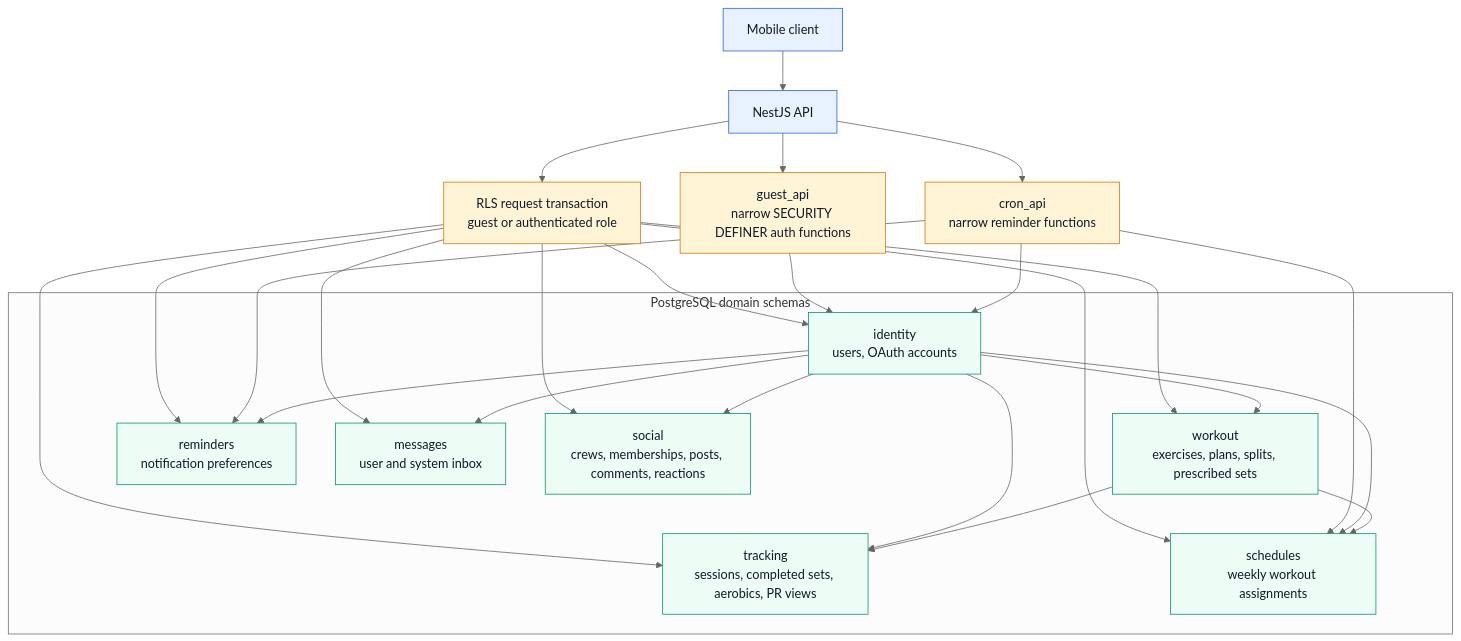
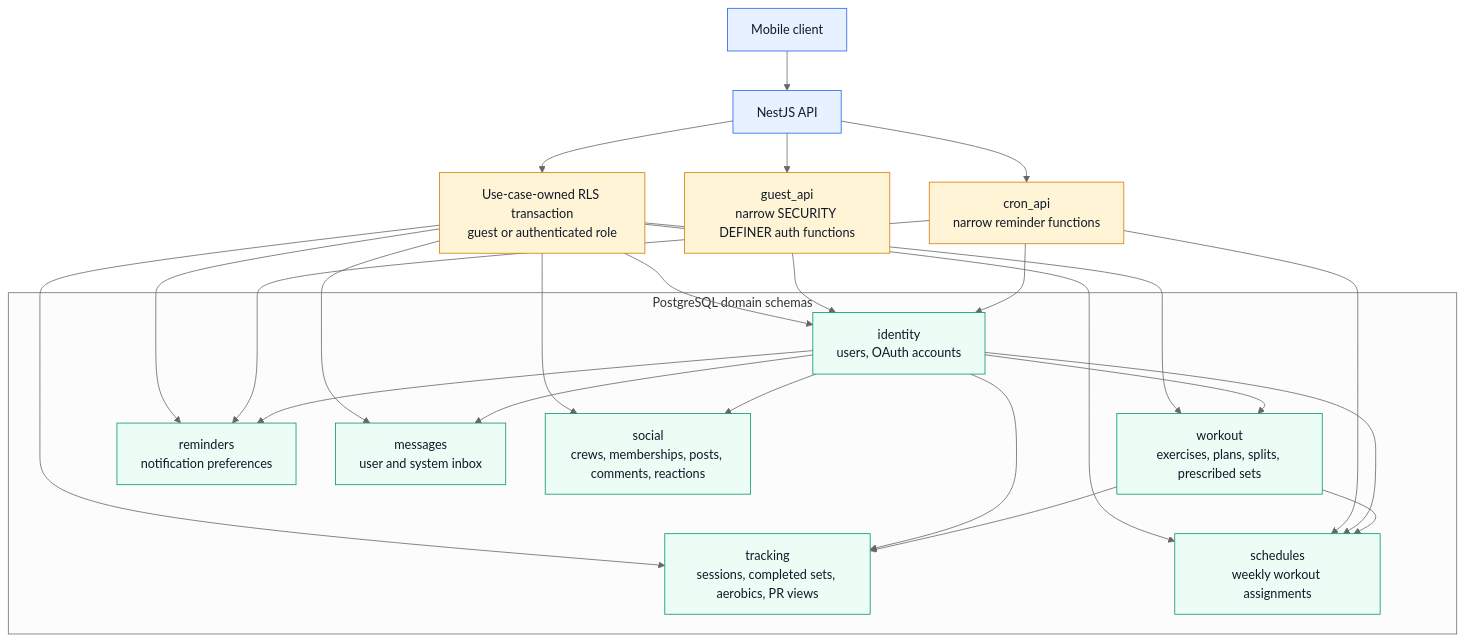
The diagram in docs/database-schemas-and-flows.md (kobihanoch/Strong-Together-Backend), drawn with Mermaid (neutral theme) before and after one commit. The commit also changed other lines of this file and 6 other files, not shown here.

````diff
--- a/docs/database-schemas-and-flows.md
+++ b/docs/database-schemas-and-flows.md
@@ -11,49 +11,49 @@
 ```mermaid
 flowchart TB
   client[Mobile client]
   api[NestJS API]
-  rls[RLS request transaction<br/>guest or authenticated role]
+  rls[Use-case-owned RLS transaction<br/>guest or authenticated role]
   guest[guest_api<br/>narrow SECURITY DEFINER auth functions]
   cron[cron_api<br/>narrow reminder functions]
 
   subgraph postgres[PostgreSQL domain schemas]
     identity[identity<br/>users, OAuth accounts]
     workout[workout<br/>exercises, plans, splits, prescribed sets]
     tracking[tracking<br/>sessions, completed sets, aerobics, PR views]
     schedules[schedules<br/>weekly workout assignments]
     reminders[reminders<br/>notification preferences]
     messages[messages<br/>user and system inbox]
     social[social<br/>crews, memberships, posts, comments, reactions]
   end
 
   client --> api
   api --> rls
   rls --> identity
   rls --> workout
   rls --> tracking
   rls --> schedules
   rls --> reminders
   rls --> messages
   rls --> social
   api --> guest --> identity
   api --> cron
   cron --> schedules
   cron --> reminders
   cron --> identity
 
   identity --> workout
   identity --> tracking
   identity --> schedules
   identity --> reminders
   identity --> messages
   identity --> social
   workout --> tracking
   workout --> schedules
 
   classDef edge fill:#e8f1ff,stroke:#2563eb,color:#111827
   classDef security fill:#fff4d6,stroke:#d97706,color:#111827
   classDef schema fill:#ecfdf5,stroke:#059669,color:#111827
   class client,api edge
   class rls,guest,cron security
   class identity,workout,tracking,schedules,reminders,messages,social schema
 ```
````
